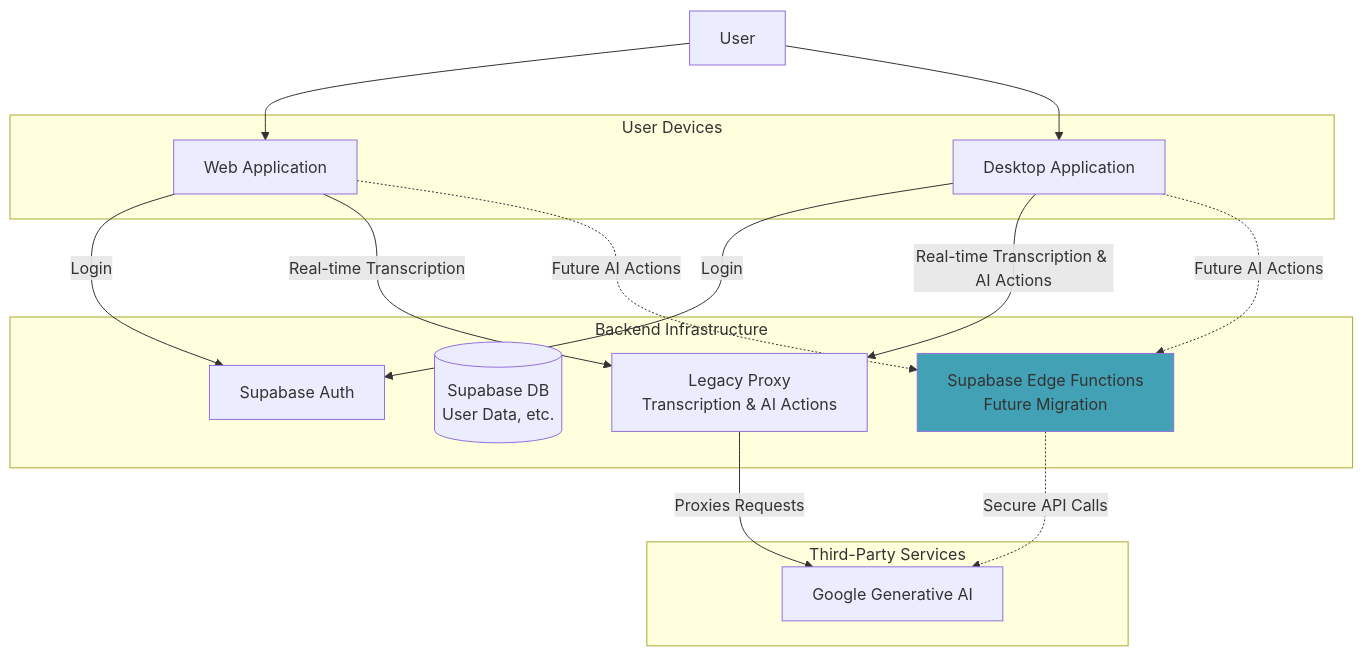
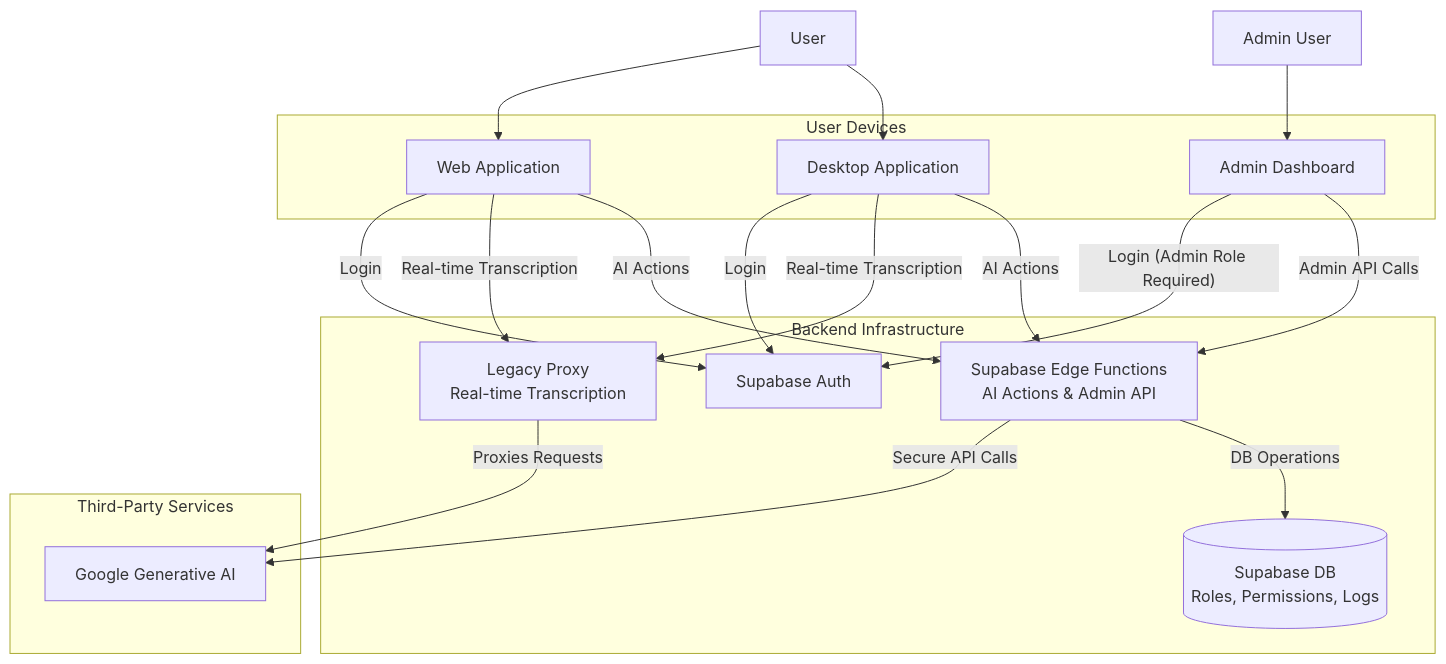
The diagram in docs/architecture/overview.md (Intevia-AI/Knovy), drawn with Mermaid before and after one commit. The commit also changed other lines of this file and 33 other files, not shown here.

Commit message:
Feat(admin): Add initial version of admin dashboard

````diff
--- a/docs/architecture/overview.md
+++ b/docs/architecture/overview.md
@@ -15,36 +15,39 @@
 ```mermaid
 graph TD
     subgraph User Devices
         WebApp[Web Application]
         DesktopApp[Desktop Application]
+        AdminDashboard[Admin Dashboard]
     end
 
     subgraph "Backend Infrastructure"
         Auth[Supabase Auth]
-        DB[(Supabase DB <br/> User Data, etc.)]
-        EdgeFunctions[Supabase Edge Functions <br/> Future Migration]
-        Proxy[Legacy Proxy <br/> Transcription & AI Actions]
+        DB[(Supabase DB <br/> Roles, Permissions, Logs)]
+        EdgeFunctions[Supabase Edge Functions <br/> AI Actions & Admin API]
+        Proxy[Legacy Proxy <br/> Real-time Transcription]
     end
 
     subgraph "Third-Party Services"
         GoogleAI[Google Generative AI]
     end
 
     User[User] --> WebApp
     User --> DesktopApp
+    Admin[Admin User] --> AdminDashboard
 
     WebApp -- "Login" --> Auth
     DesktopApp -- "Login" --> Auth
+    AdminDashboard -- "Login (Admin Role Required)" --> Auth
 
     WebApp -- "Real-time Transcription" --> Proxy
-    DesktopApp -- "Real-time Transcription & AI Actions" --> Proxy
+    DesktopApp -- "Real-time Transcription" --> Proxy
+
+    DesktopApp -- "AI Actions" --> EdgeFunctions
+    WebApp -- "AI Actions" --> EdgeFunctions
+    AdminDashboard -- "Admin API Calls" --> EdgeFunctions
+
+    EdgeFunctions -- "Secure API Calls" --> GoogleAI
+    EdgeFunctions -- "DB Operations" --> DB
 
     Proxy -- "Proxies Requests" --> GoogleAI
-
-    DesktopApp -.->|Future AI Actions| EdgeFunctions
-    WebApp -.->|Future AI Actions| EdgeFunctions
-    EdgeFunctions -.->|Secure API Calls| GoogleAI
-
-    classDef future fill:#43a1b6
-    class EdgeFunctions future
 ```
````
